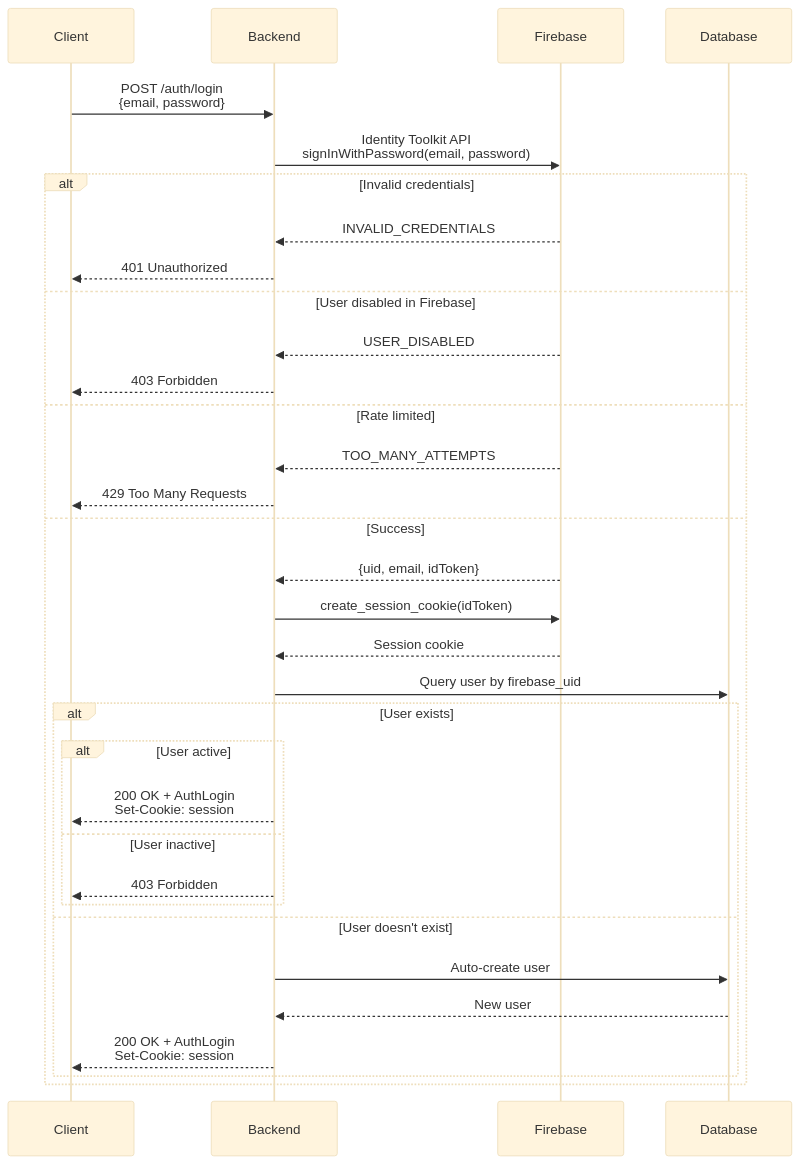
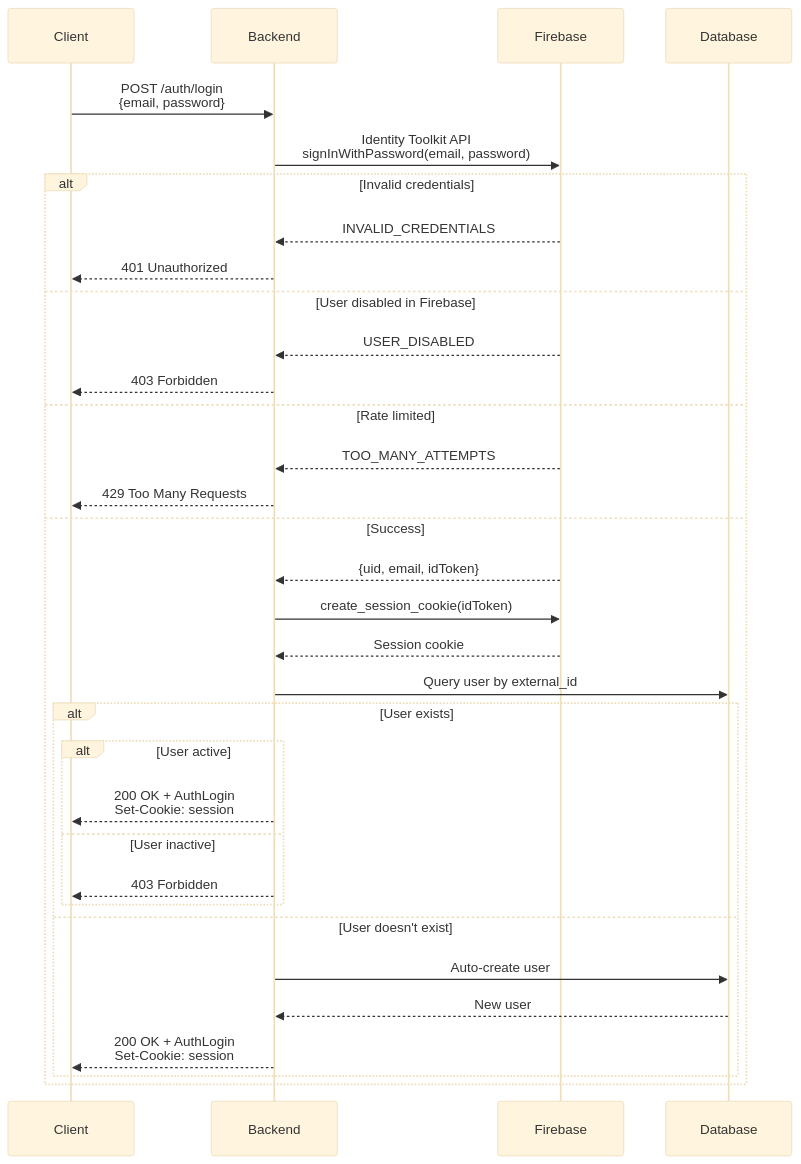
One commit to gokhantaskan/fastback changed the third of 7 diagrams in docs/auth-flow.md. Above: the diagram before and after it, drawn with Mermaid (base theme). The commit also changed other lines of this file and 55 other files, not shown here.

````diff
--- a/docs/auth-flow.md
+++ b/docs/auth-flow.md
@@ -71,39 +71,39 @@
 ```mermaid
 sequenceDiagram
     participant Client
     participant Backend
     participant Firebase
     participant Database
 
     Client->>Backend: POST /auth/login<br/>{email, password}
 
     Backend->>Firebase: Identity Toolkit API<br/>signInWithPassword(email, password)
     alt Invalid credentials
         Firebase-->>Backend: INVALID_CREDENTIALS
         Backend-->>Client: 401 Unauthorized
     else User disabled in Firebase
         Firebase-->>Backend: USER_DISABLED
         Backend-->>Client: 403 Forbidden
     else Rate limited
         Firebase-->>Backend: TOO_MANY_ATTEMPTS
         Backend-->>Client: 429 Too Many Requests
     else Success
         Firebase-->>Backend: {uid, email, idToken}
 
         Backend->>Firebase: create_session_cookie(idToken)
         Firebase-->>Backend: Session cookie
 
-        Backend->>Database: Query user by firebase_uid
+        Backend->>Database: Query user by external_id
         alt User exists
             alt User active
                 Backend-->>Client: 200 OK + AuthLogin<br/>Set-Cookie: session
             else User inactive
                 Backend-->>Client: 403 Forbidden
             end
         else User doesn't exist
             Backend->>Database: Auto-create user
             Database-->>Backend: New user
             Backend-->>Client: 200 OK + AuthLogin<br/>Set-Cookie: session
         end
     end
 ```
````
